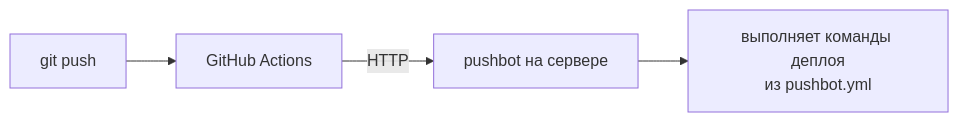
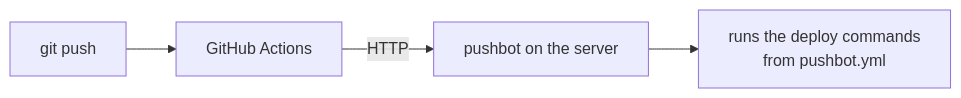
One commit to nikitakiselev/pushbot changed the diagram in README.md. Above: the diagram before and after it, drawn with Mermaid. The commit also changed other lines of this file and 2 other files, not shown here.

````diff
--- a/README.md
+++ b/README.md
@@ -11,6 +11,6 @@
 ```mermaid
 flowchart LR
     A[git push] --> B[GitHub Actions]
-    B -->|HTTP| C[pushbot на сервере]
-    C --> D["выполняет команды деплоя<br/>из pushbot.yml"]
+    B -->|HTTP| C[pushbot on the server]
+    C --> D["runs the deploy commands<br/>from pushbot.yml"]
 ```
````
